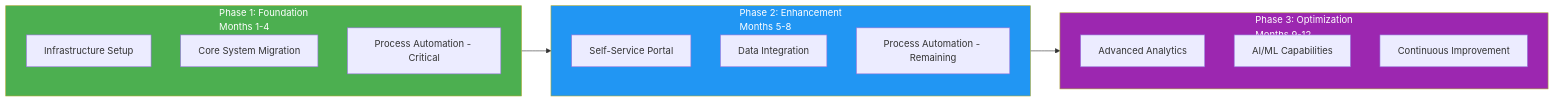
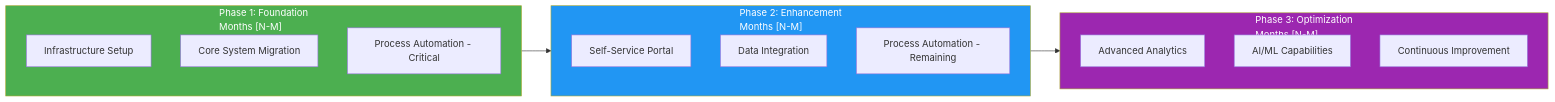
Before and after one commit to oat431/swe-knowledge: the first of 4 diagrams in document-template/01_Business_Analysis_and_strategy/Change-Strategy.md, drawn with Mermaid. The commit also changed other lines of this file and 50 other files, not shown here.

````diff
--- a/document-template/01_Business_Analysis_and_strategy/Change-Strategy.md
+++ b/document-template/01_Business_Analysis_and_strategy/Change-Strategy.md
@@ -156,26 +156,26 @@
 ```mermaid
 flowchart LR
-    subgraph Phase1["Phase 1: Foundation<br>Months 1-4"]
+    subgraph Phase1["Phase 1: Foundation<br>Months [N-M]"]
         P1A[Infrastructure Setup]
         P1B[Core System Migration]
         P1C[Process Automation - Critical]
     end
 
-    subgraph Phase2["Phase 2: Enhancement<br>Months 5-8"]
+    subgraph Phase2["Phase 2: Enhancement<br>Months [N-M]"]
         P2A[Self-Service Portal]
         P2B[Data Integration]
         P2C[Process Automation - Remaining]
     end
 
-    subgraph Phase3["Phase 3: Optimization<br>Months 9-12"]
+    subgraph Phase3["Phase 3: Optimization<br>Months [N-M]"]
         P3A[Advanced Analytics]
         P3B[AI/ML Capabilities]
         P3C[Continuous Improvement]
     end
 
     Phase1 --> Phase2 --> Phase3
 
     style Phase1 fill:#4CAF50,color:#fff
     style Phase2 fill:#2196F3,color:#fff
     style Phase3 fill:#9C27B0,color:#fff
 ```
````
